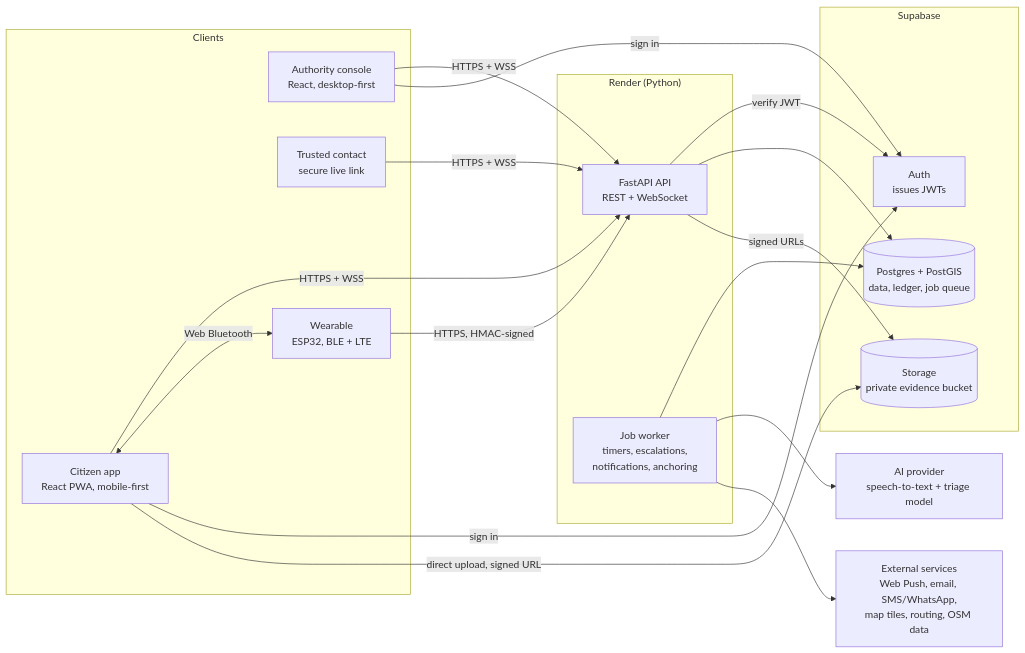
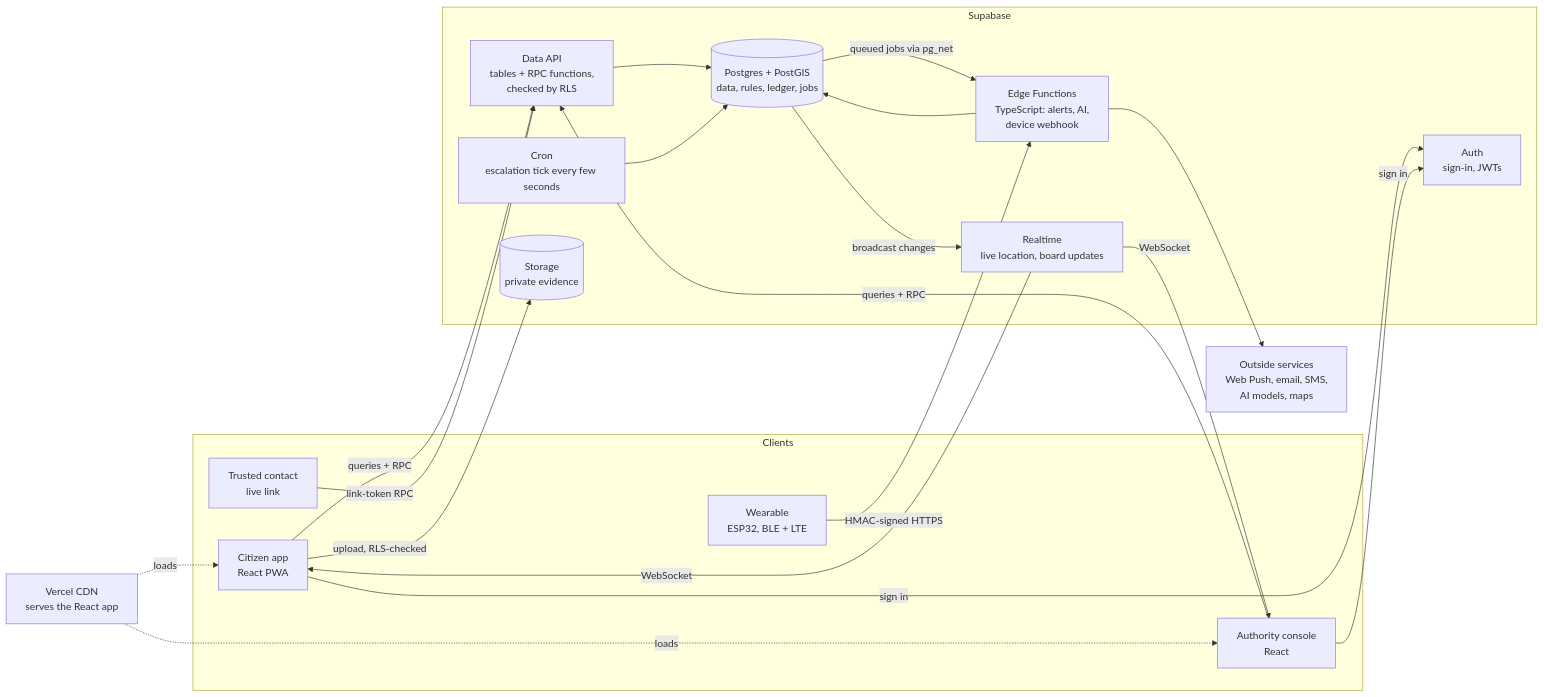
Before and after one commit to snehaa006/women-s-safety-: the first of 5 diagrams in docs/02-architecture.md, drawn with Mermaid. The commit also changed other lines of this file and 10 other files, not shown here.

````diff
--- a/docs/02-architecture.md
+++ b/docs/02-architecture.md
@@ -18,38 +18,41 @@
 ```mermaid
 flowchart LR
   subgraph Clients
-    C["Citizen app<br/>React PWA, mobile-first"]
-    A["Authority console<br/>React, desktop-first"]
-    T["Trusted contact<br/>secure live link"]
+    C["Citizen app<br/>React PWA"]
+    A["Authority console<br/>React"]
+    T["Trusted contact<br/>live link"]
     D["Wearable<br/>ESP32, BLE + LTE"]
   end
 
-  subgraph Render["Render (Python)"]
-    API["FastAPI API<br/>REST + WebSocket"]
-    W["Job worker<br/>timers, escalations,<br/>notifications, anchoring"]
+  V["Vercel CDN<br/>serves the React app"]
+
+  subgraph Supabase
+    API["Data API<br/>tables + RPC functions,<br/>checked by RLS"]
+    PG[("Postgres + PostGIS<br/>data, rules, ledger, jobs")]
+    RT["Realtime<br/>live location, board updates"]
+    EF["Edge Functions<br/>TypeScript: alerts, AI,<br/>device webhook"]
+    CR["Cron<br/>escalation tick every few seconds"]
+    ST[("Storage<br/>private evidence")]
+    AU["Auth<br/>sign-in, JWTs"]
   end
 
-  subgraph Supabase
-    PG[("Postgres + PostGIS<br/>data, ledger, job queue")]
-    S3[("Storage<br/>private evidence bucket")]
-    AU["Auth<br/>issues JWTs"]
-  end
+  EXT["Outside services<br/>Web Push, email, SMS,<br/>AI models, maps"]
 
-  AI["AI provider<br/>speech-to-text + triage model"]
-  EXT["External services<br/>Web Push, email, SMS/WhatsApp,<br/>map tiles, routing, OSM data"]
-
-  C -->|HTTPS + WSS| API
-  A -->|HTTPS + WSS| API
-  T -->|HTTPS + WSS| API
-  D -->|HTTPS, HMAC-signed| API
-  C <-->|Web Bluetooth| D
+  V -.->|loads| C
+  V -.->|loads| A
+  C -->|queries + RPC| API
+  A -->|queries + RPC| API
+  T -->|link-token RPC| API
+  API --> PG
+  PG -->|broadcast changes| RT
+  RT -->|WebSocket| C
+  RT -->|WebSocket| A
+  D -->|HMAC-signed HTTPS| EF
+  CR --> PG
+  PG -->|queued jobs via pg_net| EF
+  EF --> EXT
+  EF --> PG
+  C -->|upload, RLS-checked| ST
   C -->|sign in| AU
   A -->|sign in| AU
-  C -->|direct upload, signed URL| S3
-  API -->|verify JWT| AU
-  API --> PG
-  API -->|signed URLs| S3
-  W --> PG
-  W --> AI
-  W --> EXT
 ```
````
